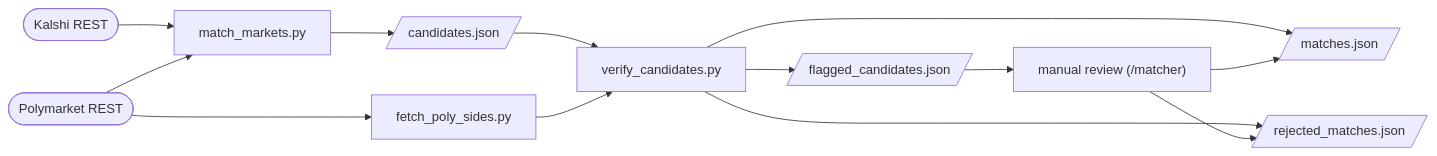
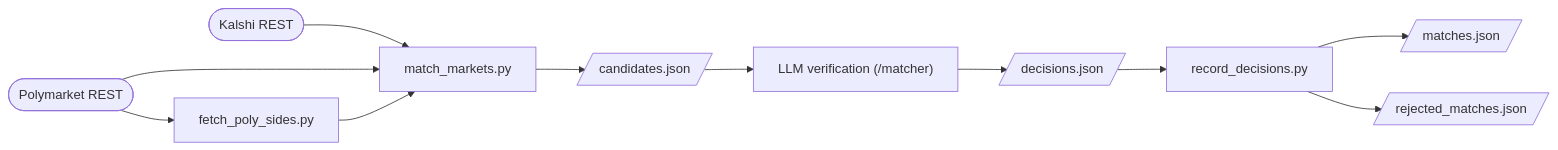
The diagram in docs/market-matching.md (zhinit/prediction-market-analysis), drawn with Mermaid before and after one commit. The commit also changed other lines of this file and 22 other files, not shown here.

````diff
--- a/docs/market-matching.md
+++ b/docs/market-matching.md
@@ -11,13 +18,11 @@
 ```mermaid
 flowchart LR
     KAPI([Kalshi REST]) --> MM[match_markets.py]
     PAPI([Polymarket REST]) --> MM
+    PAPI --> FPS[fetch_poly_sides.py] --> MM
     MM --> CAND[/candidates.json/]
-    CAND --> VER[verify_candidates.py]
-    PAPI --> FPS[fetch_poly_sides.py] --> VER
-    VER --> M[/matches.json/]
-    VER --> REJ[/rejected_matches.json/]
-    VER --> FLAG[/flagged_candidates.json/] --> REVIEW["manual review (/matcher)"]
-    REVIEW --> M
-    REVIEW --> REJ
+    CAND --> REVIEW["LLM verification (/matcher)"]
+    REVIEW --> DEC[/decisions.json/] --> REC[record_decisions.py]
+    REC --> M[/matches.json/]
+    REC --> REJ[/rejected_matches.json/]
 ```
````
